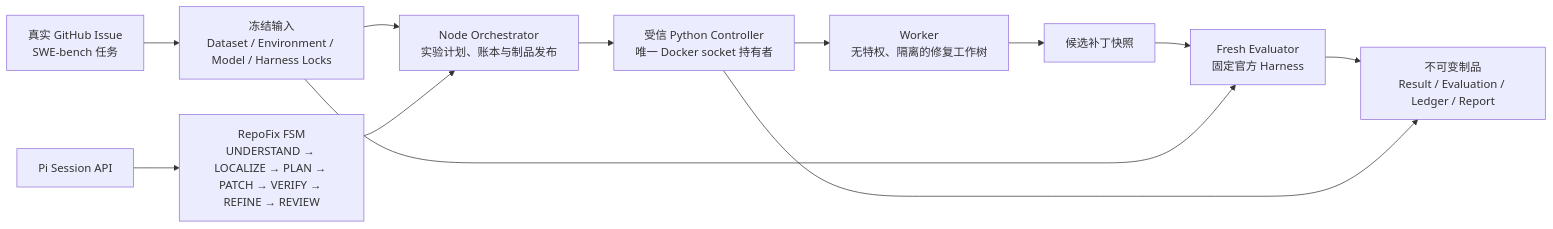
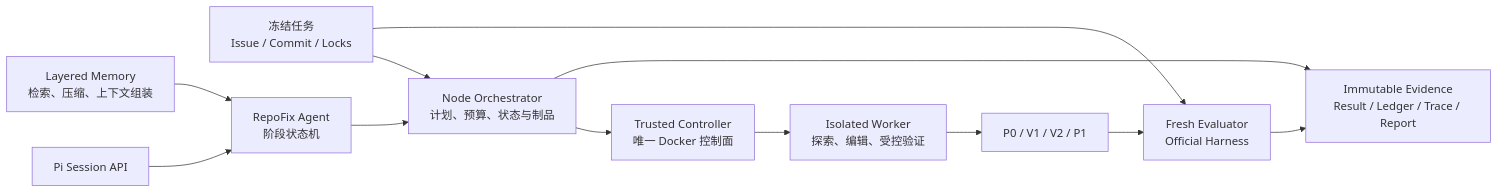
Before and after one commit to huanghuadixuwu-coder/RepoFixLab: the diagram in README.md, drawn with Mermaid. The commit also changed other lines of this file, not shown here.

Commit message:
docs(agent): present RepoFixLab system and results

````diff
--- a/README.md
+++ b/README.md
@@ -11,14 +25,14 @@
 ```mermaid
 flowchart LR
-    issue["真实 GitHub Issue\nSWE-bench 任务"] --> locks["冻结输入\nDataset / Environment / Model / Harness Locks"]
-    locks --> orchestrator["Node Orchestrator\n实验计划、账本与制品发布"]
-    pi["Pi Session API"] --> fsm["RepoFix FSM\nUNDERSTAND → LOCALIZE → PLAN → PATCH → VERIFY → REFINE → REVIEW"]
-    fsm --> orchestrator
-    orchestrator --> controller["受信 Python Controller\n唯一 Docker socket 持有者"]
-    controller --> worker["Worker\n无特权、隔离的修复工作树"]
-    worker --> snapshot["候选补丁快照"]
-    snapshot --> evaluator["Fresh Evaluator\n固定官方 Harness"]
-    locks --> evaluator
-    evaluator --> artifacts["不可变制品\nResult / Evaluation / Ledger / Report"]
-    controller --> artifacts
+    task["冻结任务<br/>Issue / Commit / Locks"] --> orchestrator["Node Orchestrator<br/>计划、预算、状态与制品"]
+    pi["Pi Session API"] --> agent["RepoFix Agent<br/>阶段状态机"]
+    memory["Layered Memory<br/>检索、压缩、上下文组装"] --> agent
+    agent --> orchestrator
+    orchestrator --> controller["Trusted Controller<br/>唯一 Docker 控制面"]
+    controller --> worker["Isolated Worker<br/>探索、编辑、受控验证"]
+    worker --> patch["P0 / V1 / V2 / P1"]
+    patch --> evaluator["Fresh Evaluator<br/>Official Harness"]
+    task --> evaluator
+    evaluator --> evidence["Immutable Evidence<br/>Result / Ledger / Trace / Report"]
+    orchestrator --> evidence
 ```
````
